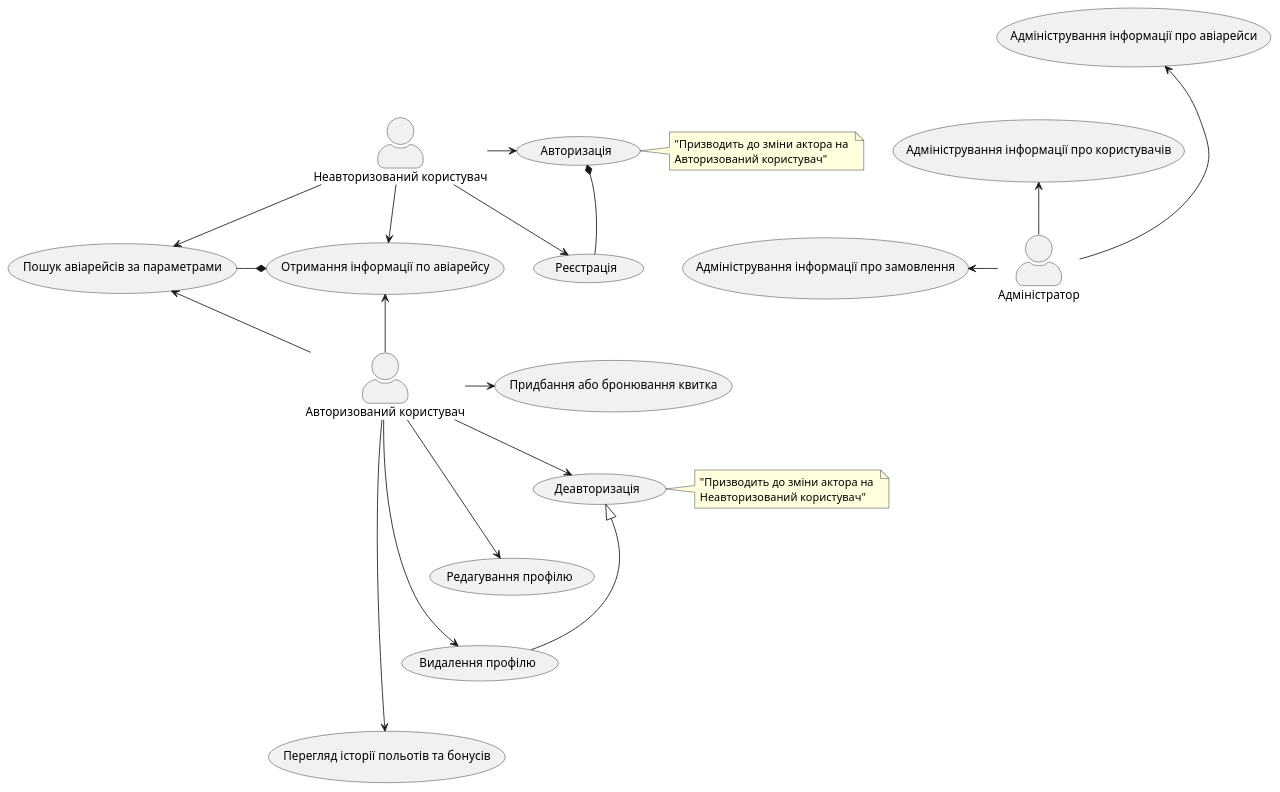
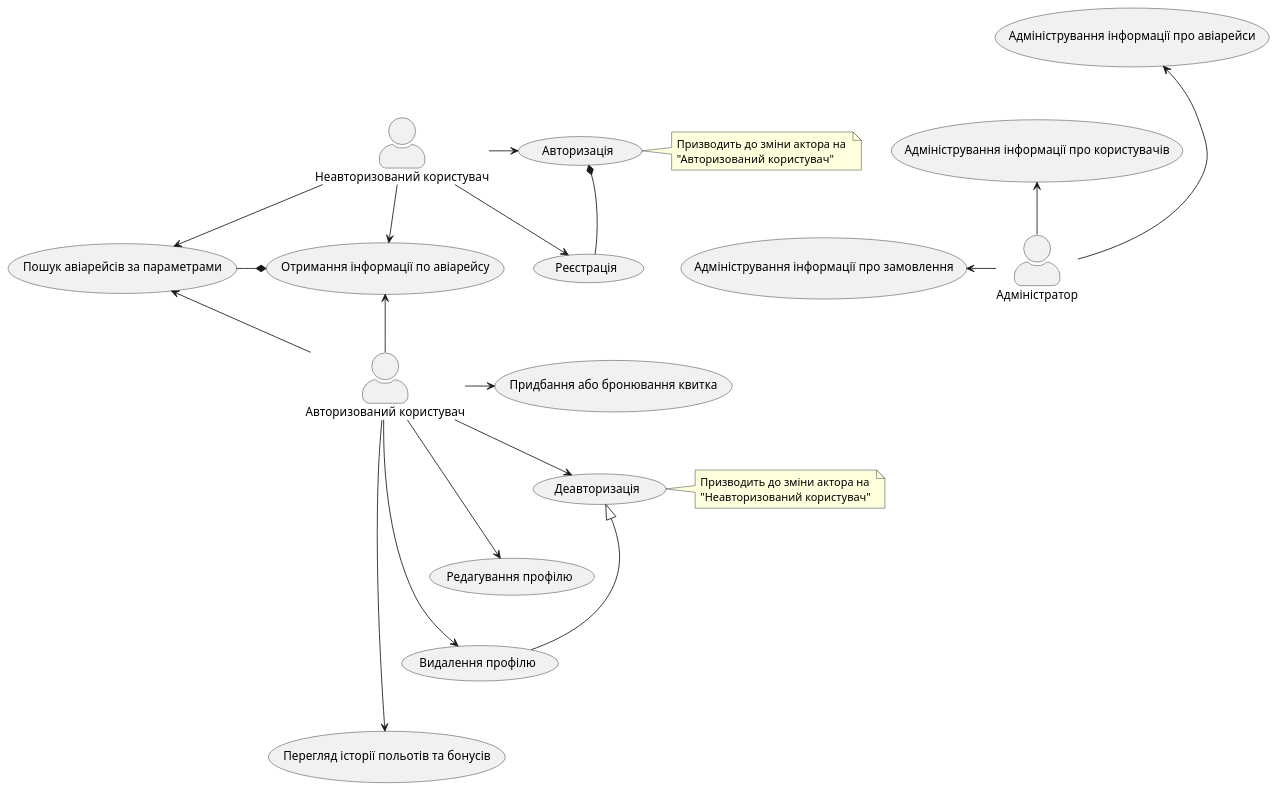
One commit to carexoid/se-lab changed the diagram in doc/srs/usecase.puml. Above: the diagram before and after it, drawn with PlantUML.

Commit message:
[SRS] Microfix to usecase diagram

```diff
--- a/doc/srs/usecase.puml
+++ b/doc/srs/usecase.puml
@@ -1,60 +1,60 @@
 @startuml
 
 skinparam actorStyle awesome
 
 ' Declaring elements 
 :Неавторизований користувач: as non_auth_user 
 :Авторизований користувач: as auth_user
 :Адміністратор: as admin
 
 usecase (Пошук авіарейсів за параметрами) as u1
 usecase (Отримання інформації по авіарейсу) as u2
 usecase (Реєстрація) as nu1
 usecase (Авторизація) as nu2
 usecase (Придбання або бронювання квитка) as au1
 usecase (Деавторизація) as au2
 usecase (Редагування профілю) as au3
 usecase (Видалення профілю) as au4
 usecase (Перегляд історії польотів та бонусів) as au5
 usecase (Адміністрування інформації про авіарейси) as a1
 usecase (Адміністрування інформації про користувачів) as a2
 usecase (Адміністрування інформації про замовлення) as a3
 
 ' Resolving some elements` placing issues
 non_auth_user -[hidden]> admin
 
 nu2 -[hidden]down- nu1
 
 au1 -[hidden]down- au2
 au2 -[hidden]down- au3
 au3 -[hidden]down- au4
 au4 -[hidden]down- au5
 
 a1 -[hidden]down- a2
 a2 -[hidden]down- a3
 admin -[hidden]down- au1
 
 ' Connecting elements
 non_auth_user -right-> nu1
 non_auth_user -right-> nu2
 non_auth_user -down-> u1
 non_auth_user -down-> u2
 auth_user -up-> u1
 auth_user -up-> u2
 auth_user -right-> au5
 auth_user -right-> au4
 auth_user -right-> au3
 auth_user -right-> au1
 auth_user -right-> au2
 admin -left-> a1
 admin -left-> a2
 admin -left-> a3
 
 au2 <|-- au4
 nu2 *-- nu1
 u2 *-left- u1
 
-note right of nu2: "Призводить до зміни актора на \nАвторизований користувач"
-note right of au2:  "Призводить до зміни актора на \nНеавторизований користувач"
+note right of nu2: Призводить до зміни актора на \n"Авторизований користувач"
+note right of au2:  Призводить до зміни актора на \n"Неавторизований користувач"
 
 @enduml
```
